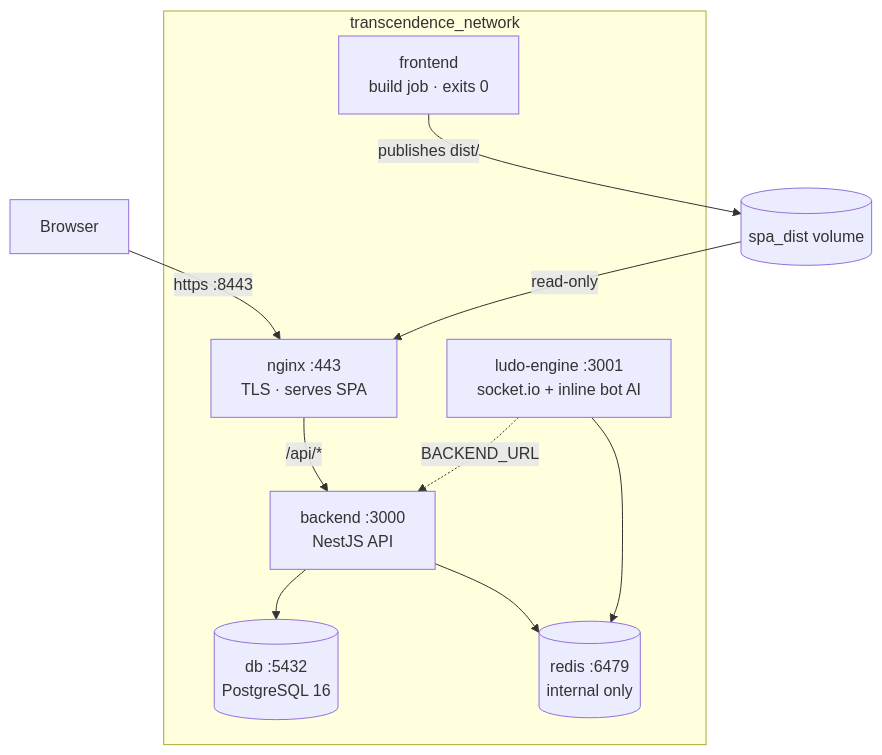
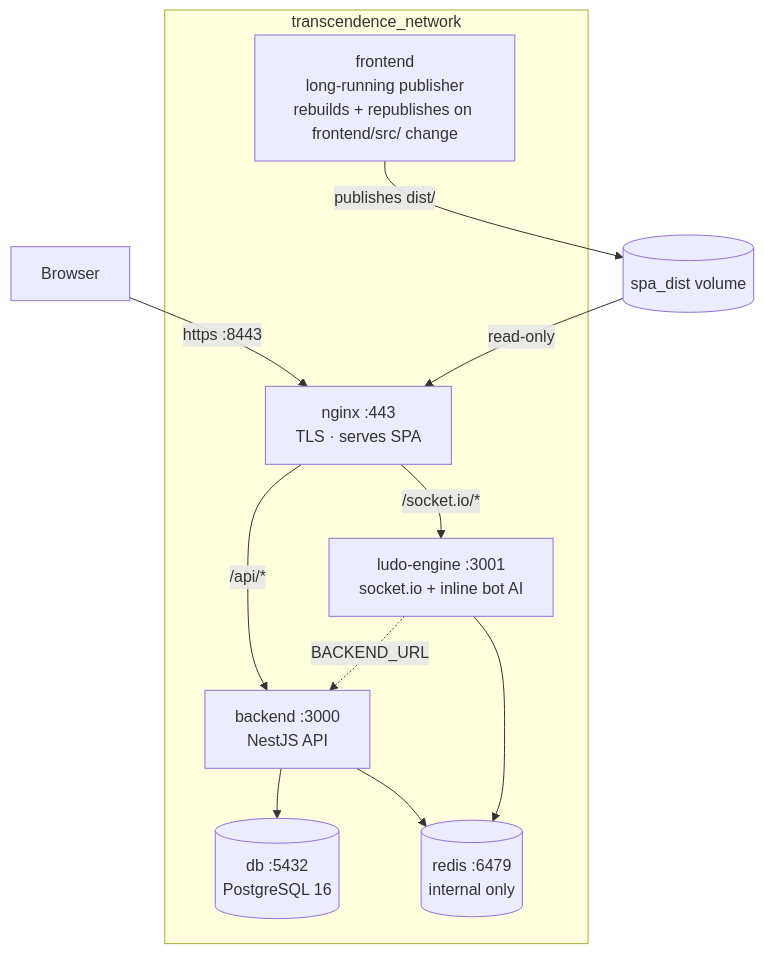
Before and after one commit to JaxzTan/ft_transcendence: the diagram in docs/architecture.md, drawn with Mermaid. The commit also changed other lines of this file and 7 other files, not shown here.

````diff
--- a/docs/architecture.md
+++ b/docs/architecture.md
@@ -15,22 +16,23 @@
 ```mermaid
 graph TB
     Browser["Browser"]
 
     subgraph net["transcendence_network"]
         nginx["nginx :443<br/>TLS · serves SPA"]
         backend["backend :3000<br/>NestJS API"]
         engine["ludo-engine :3001<br/>socket.io + inline bot AI"]
         db[("db :5432<br/>PostgreSQL 16")]
         redis[("redis :6479<br/>internal only")]
-        fe["frontend<br/>build job · exits 0"]
+        fe["frontend<br/>long-running publisher<br/>rebuilds + republishes on frontend/src/ change"]
     end
 
     Browser -->|"https :8443"| nginx
     nginx -->|"/api/*"| backend
+    nginx -->|"/socket.io/*"| engine
     fe -->|"publishes dist/"| spa[("spa_dist volume")]
     spa -->|"read-only"| nginx
     backend --> db
     backend --> redis
     engine --> redis
     engine -.->|"BACKEND_URL"| backend
 ```
````
